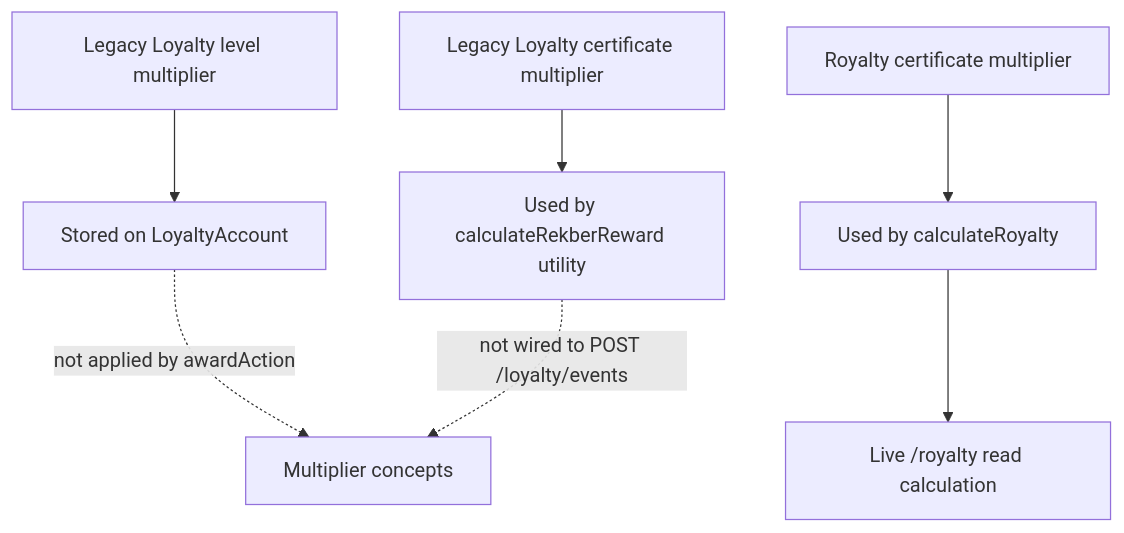
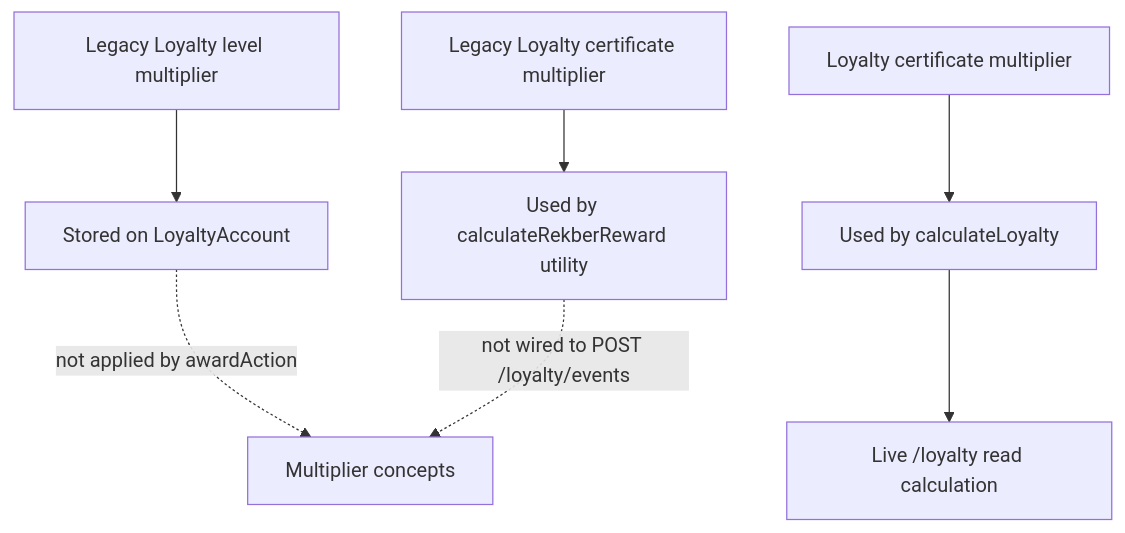
Before and after one commit to DXJLabs/vinss: the third of 7 diagrams in docs/technical/backend/loyalty.md, drawn with Mermaid. The commit also changed other lines of this file and 14 other files, not shown here.

````diff
--- a/docs/technical/backend/loyalty.md
+++ b/docs/technical/backend/loyalty.md
@@ -1095,16 +1095,16 @@
 ```mermaid
 flowchart TD
     M["Multiplier concepts"]
 
     LEVEL["Legacy Loyalty level multiplier"]
     LCERT["Legacy Loyalty certificate multiplier"]
-    ROY["Royalty certificate multiplier"]
+    ROY["Loyalty certificate multiplier"]
 
     LEVEL --> LM["Stored on LoyaltyAccount"]
     LCERT --> LR["Used by calculateRekberReward utility"]
-    ROY --> RR["Used by calculateRoyalty"]
+    ROY --> RR["Used by calculateLoyalty"]
 
     LM -. not applied by awardAction .-> M
     LR -. not wired to POST /loyalty/events .-> M
-    RR --> RUNTIME["Live /royalty read calculation"]
+    RR --> RUNTIME["Live /loyalty read calculation"]
 ```
````
